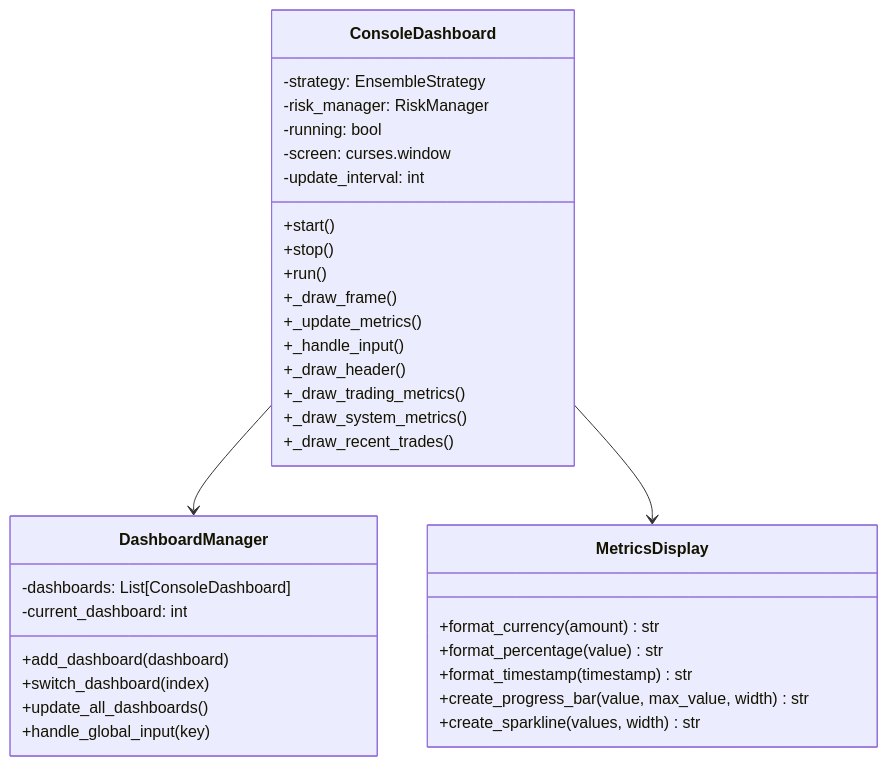
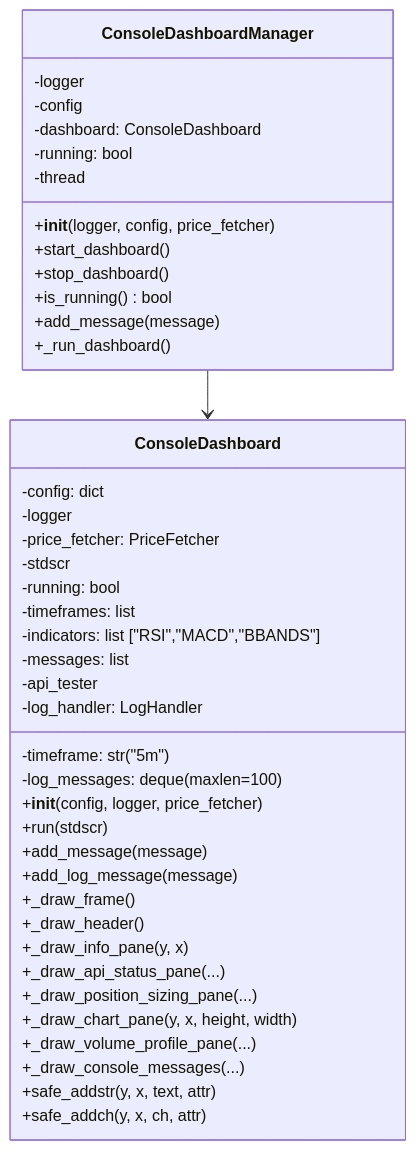
One commit to cluster2600/ELVIS changed the third of 7 diagrams in docs/utilities_monitoring.md. Above: the diagram before and after it, drawn with Mermaid. The commit also changed other lines of this file and 60 other files, not shown here.

````diff
--- a/docs/utilities_monitoring.md
+++ b/docs/utilities_monitoring.md
@@ -136,40 +142,47 @@
 ```mermaid
 classDiagram
     class ConsoleDashboard {
-        -strategy: EnsembleStrategy
-        -risk_manager: RiskManager
+        -config: dict
+        -logger
+        -price_fetcher: PriceFetcher
+        -stdscr
         -running: bool
-        -screen: curses.window
-        -update_interval: int
-        +start()
-        +stop()
-        +run()
+        -timeframe: str ("5m")
+        -timeframes: list
+        -indicators: list ["RSI","MACD","BBANDS"]
+        -messages: list
+        -log_messages: deque(maxlen=100)
+        -api_tester
+        -log_handler: LogHandler
+        +__init__(config, logger, price_fetcher)
+        +run(stdscr)
+        +add_message(message)
+        +add_log_message(message)
         +_draw_frame()
-        +_update_metrics()
-        +_handle_input()
         +_draw_header()
-        +_draw_trading_metrics()
-        +_draw_system_metrics()
-        +_draw_recent_trades()
+        +_draw_info_pane(y, x)
+        +_draw_api_status_pane(...)
+        +_draw_position_sizing_pane(...)
+        +_draw_chart_pane(y, x, height, width)
+        +_draw_volume_profile_pane(...)
+        +_draw_console_messages(...)
+        +safe_addstr(y, x, text, attr)
+        +safe_addch(y, x, ch, attr)
     }
-    
-    class DashboardManager {
-        -dashboards: List[ConsoleDashboard]
-        -current_dashboard: int
-        +add_dashboard(dashboard)
-        +switch_dashboard(index)
-        +update_all_dashboards()
-        +handle_global_input(key)
+
+    class ConsoleDashboardManager {
+        -logger
+        -config
+        -dashboard: ConsoleDashboard
+        -running: bool
+        -thread
+        +__init__(logger, config, price_fetcher)
+        +start_dashboard()
+        +stop_dashboard()
+        +is_running() bool
+        +add_message(message)
+        +_run_dashboard()
     }
-    
-    class MetricsDisplay {
-        +format_currency(amount) str
-        +format_percentage(value) str
-        +format_timestamp(timestamp) str
-        +create_progress_bar(value, max_value, width) str
-        +create_sparkline(values, width) str
-    }
-    
-    ConsoleDashboard --> DashboardManager
-    ConsoleDashboard --> MetricsDisplay
+
+    ConsoleDashboardManager --> ConsoleDashboard
 ```
````
